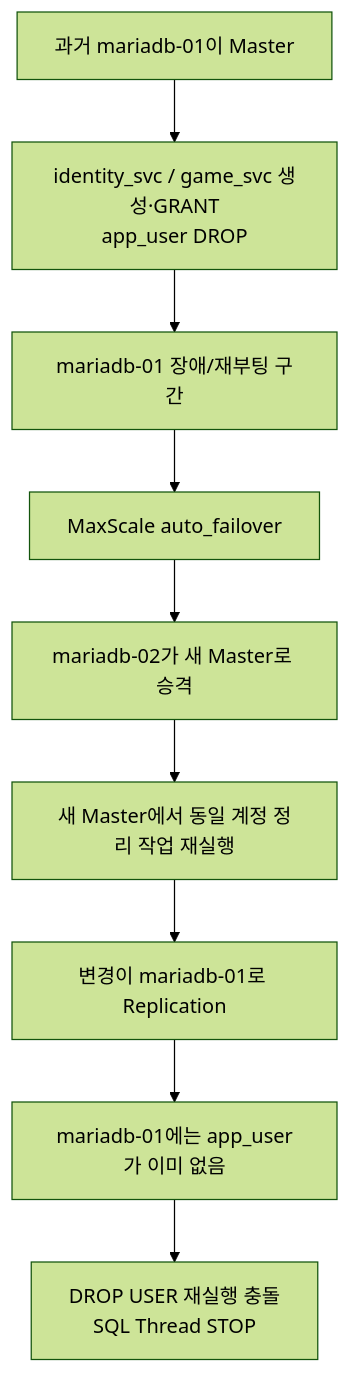
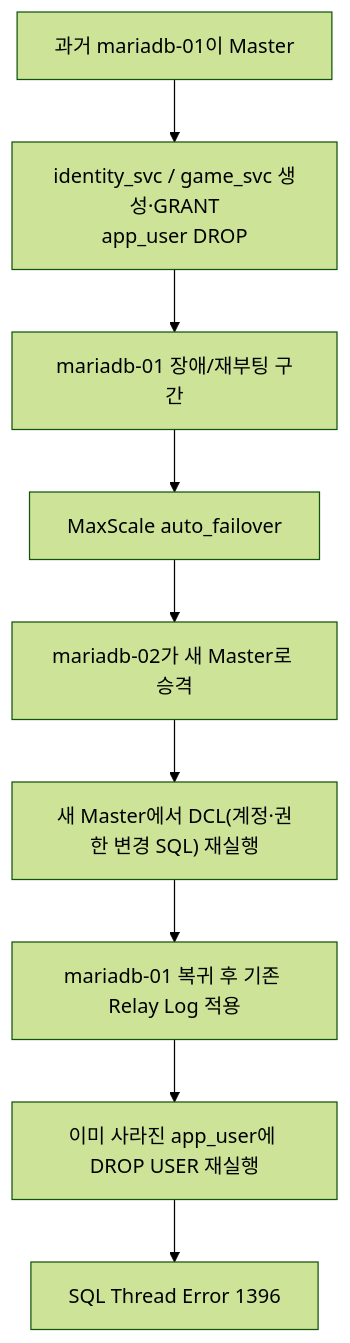
The diagram in troubleshooting/TS-004_MariaDB_Master_역전_DCL_복제_충돌.md (seokpan/seokpan-docs), drawn with Mermaid (forest theme) before and after one commit. The commit also changed other lines of this file and 21 other files, not shown here.

````diff
--- a/troubleshooting/TS-004_MariaDB_Master_역전_DCL_복제_충돌.md
+++ b/troubleshooting/TS-004_MariaDB_Master_역전_DCL_복제_충돌.md
@@ -30,14 +29,14 @@
 ```mermaid
 flowchart TD
     A["과거 mariadb-01이 Master"]
     B["identity_svc / game_svc 생성·GRANT<br/>app_user DROP"]
     C["mariadb-01 장애/재부팅 구간"]
     D["MaxScale auto_failover"]
     E["mariadb-02가 새 Master로 승격"]
-    F["새 Master에서 동일 계정 정리 작업 재실행"]
-    G["변경이 mariadb-01로 Replication"]
-    H["mariadb-01에는 app_user가 이미 없음"]
-    I["DROP USER 재실행 충돌<br/>SQL Thread STOP"]
+    F["새 Master에서 DCL(계정·권한 변경 SQL) 재실행"]
+    G["mariadb-01 복귀 후 기존 Relay Log 적용"]
+    H["이미 사라진 app_user에 DROP USER 재실행"]
+    I["SQL Thread Error 1396"]
 
     A --> B --> C --> D --> E --> F --> G --> H --> I
 ```
````
